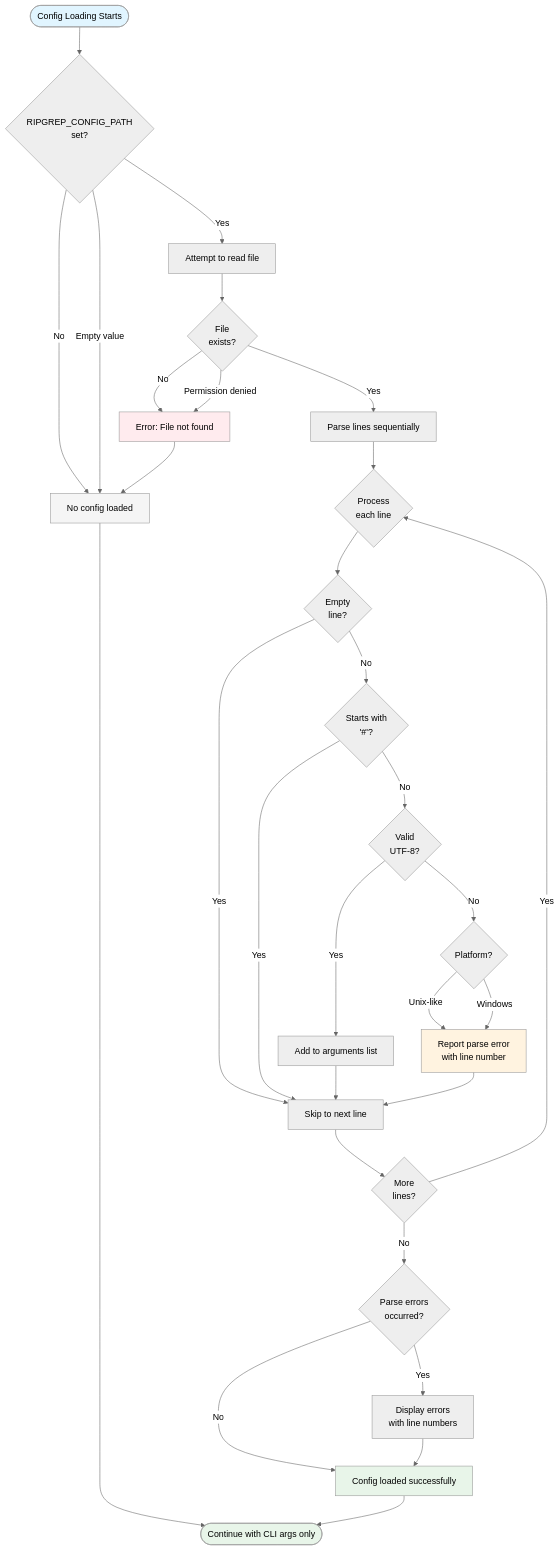
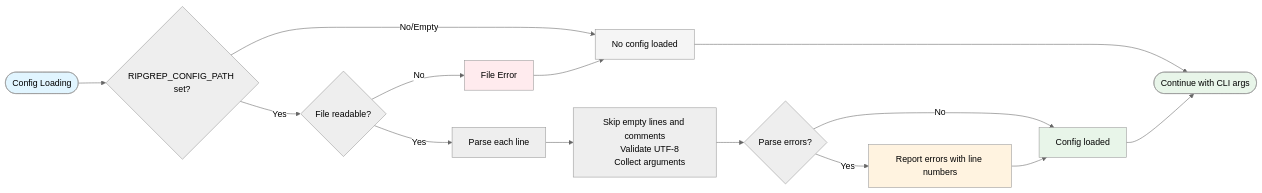
Before and after one commit to iepathos/ripgrep: the third of 3 diagrams in docs/configuration-file.md, drawn with Mermaid (neutral theme). The commit also changed 3 other files, not shown here.

First line of the commit message:
fix: correct Mermaid diagram syntax and layout issues

````diff
--- a/docs/configuration-file.md
+++ b/docs/configuration-file.md
@@ -250,63 +250,32 @@
 ```mermaid
-flowchart TD
-    Start([Config Loading Starts]) --> CheckEnv{RIPGREP_CONFIG_PATH
-set?}
+flowchart LR
+    Start([Config Loading]) --> CheckEnv{RIPGREP_CONFIG_PATH set?}
 
-    CheckEnv -->|No| NoConfig[No config loaded]
-    CheckEnv -->|Empty value| NoConfig
-    CheckEnv -->|Yes| ReadFile[Attempt to read file]
+    CheckEnv -->|No/Empty| NoConfig[No config loaded]
+    CheckEnv -->|Yes| ReadFile{File readable?}
 
-    ReadFile --> FileExists{File
-exists?}
-
-    FileExists -->|No| FileError[Error: File not found]
-    FileExists -->|Permission denied| FileError
+    ReadFile -->|No| FileError[File Error]
     FileError --> NoConfig
 
-    FileExists -->|Yes| ParseLines[Parse lines sequentially]
+    ReadFile -->|Yes| ParseLines[Parse each line]
 
-    ParseLines --> CheckLine{Process
-each line}
+    ParseLines --> Process["Skip empty lines and comments
+    Validate UTF-8
+    Collect arguments"]
 
-    CheckLine --> IsEmpty{Empty
-line?}
-    IsEmpty -->|Yes| NextLine[Skip to next line]
+    Process --> Errors{Parse errors?}
 
-    IsEmpty -->|No| IsComment{Starts with
-'#'?}
-    IsComment -->|Yes| NextLine
+    Errors -->|Yes| Report[Report errors with line numbers]
+    Errors -->|No| Success[Config loaded]
 
-    IsComment -->|No| ConvertUTF8{Valid
-UTF-8?}
-
-    ConvertUTF8 -->|Yes| AddArg[Add to arguments list]
-    AddArg --> NextLine
-
-    ConvertUTF8 -->|No| Platform{Platform?}
-    Platform -->|Unix-like| ParseErr[Report parse error
-with line number]
-    Platform -->|Windows| ParseErr
-
-    ParseErr --> NextLine
-    NextLine --> MoreLines{More
-lines?}
-
-    MoreLines -->|Yes| CheckLine
-    MoreLines -->|No| ReportErrs{Parse errors
-occurred?}
-
-    ReportErrs -->|Yes| ShowErrs[Display errors
-with line numbers]
-    ReportErrs -->|No| Success[Config loaded successfully]
-
-    ShowErrs --> Success
-    NoConfig --> End([Continue with CLI args only])
+    Report --> Success
+    NoConfig --> End([Continue with CLI args])
     Success --> End
 
     style Start fill:#e1f5ff
     style FileError fill:#ffebee
-    style ParseErr fill:#fff3e0
+    style Report fill:#fff3e0
     style Success fill:#e8f5e9
     style NoConfig fill:#f5f5f5
     style End fill:#e8f5e9
 ```
````
